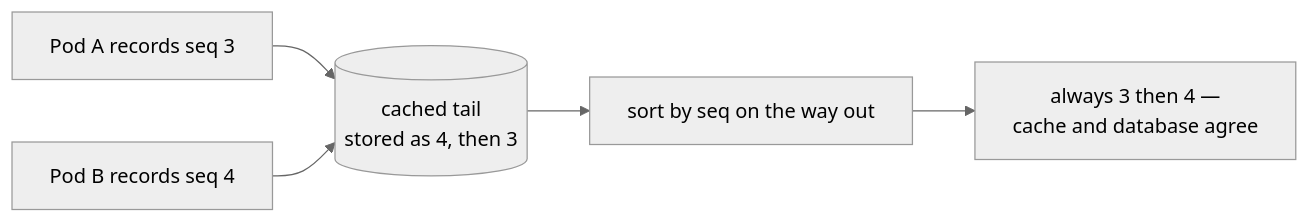
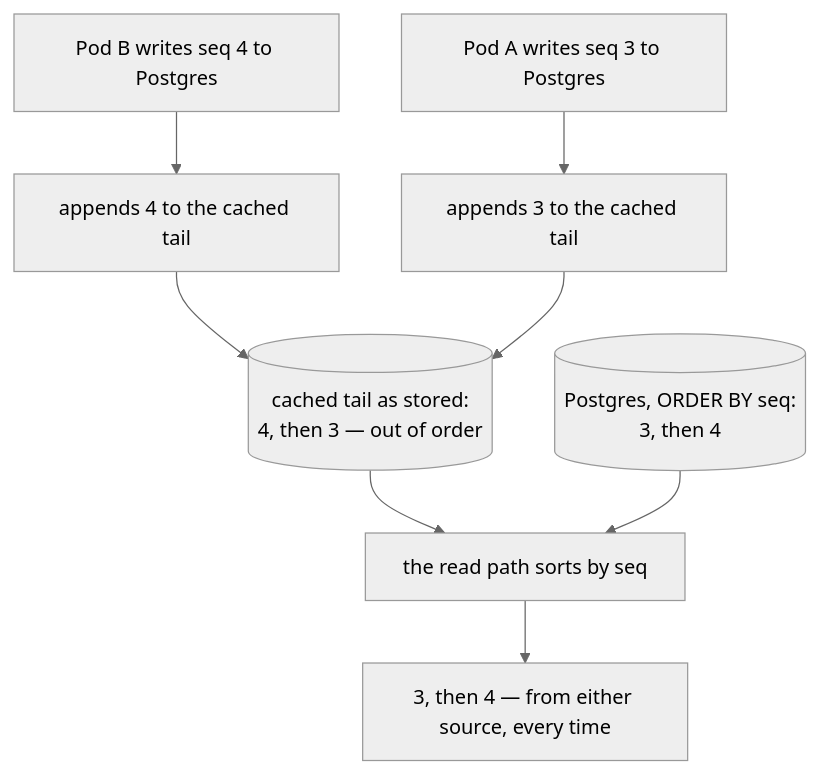
Diagram 16 of 17 in docs/TESTING-SCALING.md (selvakumarperumal/Corporate_Filing_Analyzer_Agent), drawn with Mermaid (neutral theme) before and after one commit. The commit also changed other lines of this file, not shown here.

Commit message:
docs: enrich scaling test breakdowns with detailed sequence flows, SQL examples, and negative test rigs

````diff
--- a/docs/TESTING-SCALING.md
+++ b/docs/TESTING-SCALING.md
@@ -500,7 +910,10 @@
 ```mermaid
-flowchart LR
-  A["Pod A records seq 3"] --> R[("cached tail<br/>stored as 4, then 3")]
-  B["Pod B records seq 4"] --> R
-  R --> S["sort by seq on the way out"]
-  S --> G["always 3 then 4 —<br/>cache and database agree"]
+flowchart TB
+  A["Pod A writes seq 3 to Postgres"] --> RA["appends 3 to the cached tail"]
+  B["Pod B writes seq 4 to Postgres"] --> RB["appends 4 to the cached tail"]
+  RB --> L[("cached tail as stored:<br/>4, then 3 — out of order")]
+  RA --> L
+  L --> S["the read path sorts by seq"]
+  PGDB[("Postgres, ORDER BY seq:<br/>3, then 4")] --> S
+  S --> O["3, then 4 — from either source, every time"]
 ```
````
